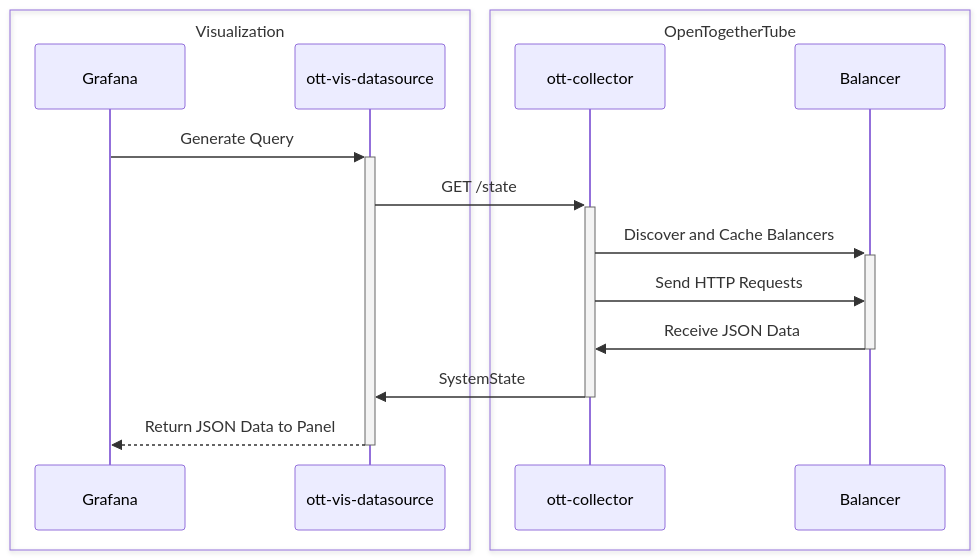
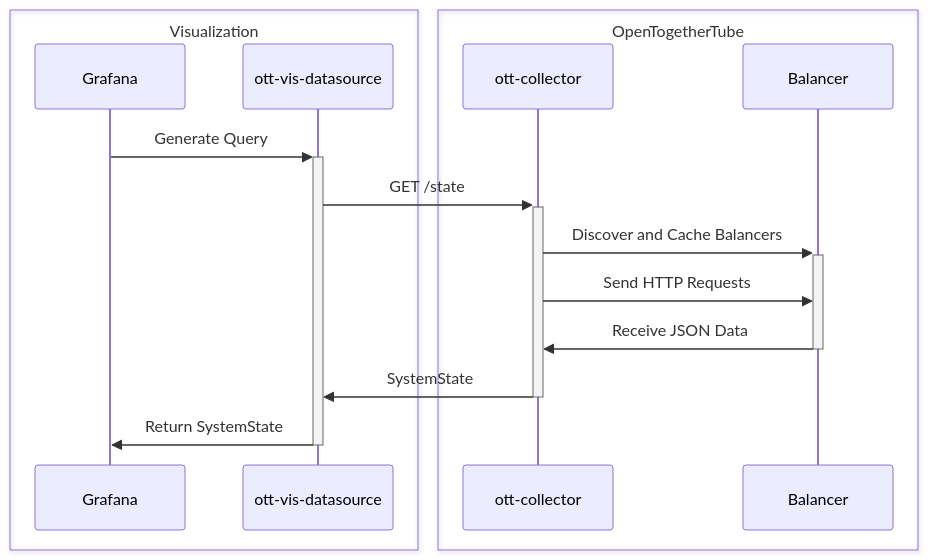
The diagram in figures/vis/visualization-balancer-datasource-sequence.mmd (dyc3/senior-design), drawn with Mermaid before and after one commit.

```diff
--- a/figures/vis/visualization-balancer-datasource-sequence.mmd
+++ b/figures/vis/visualization-balancer-datasource-sequence.mmd
@@ -1,18 +1,18 @@
 sequenceDiagram
     box Visualization
     participant Grafana
     participant ott-vis-datasource
     end
 
     box OpenTogetherTube
     participant ott-collector
     participant Balancer
     end
 
     Grafana->>+ott-vis-datasource: Generate Query
     ott-vis-datasource->>+ott-collector: GET /state
     ott-collector->>+Balancer: Discover and Cache Balancers
     ott-collector->>Balancer: Send HTTP Requests
     Balancer->>-ott-collector: Receive JSON Data
     ott-collector->>-ott-vis-datasource: SystemState
-    ott-vis-datasource-->>-Grafana: Return JSON Data to Panel
+    ott-vis-datasource->>-Grafana: Return SystemState
```
